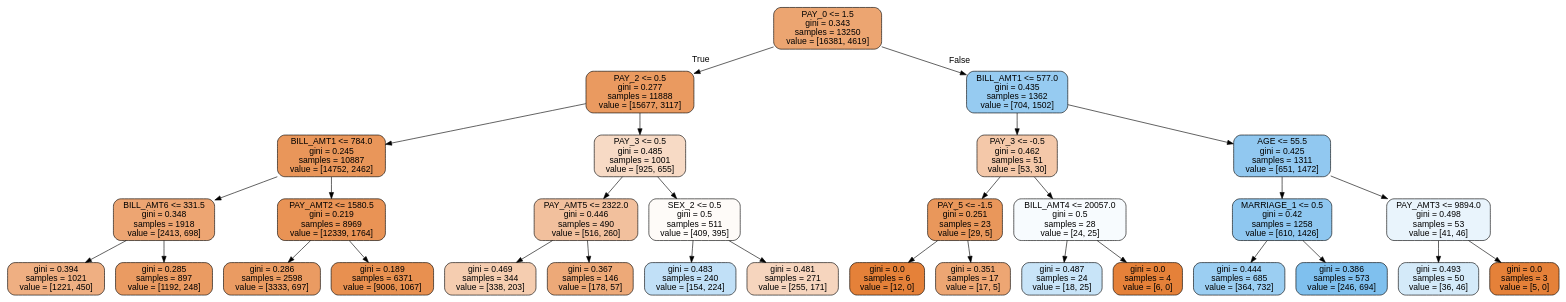
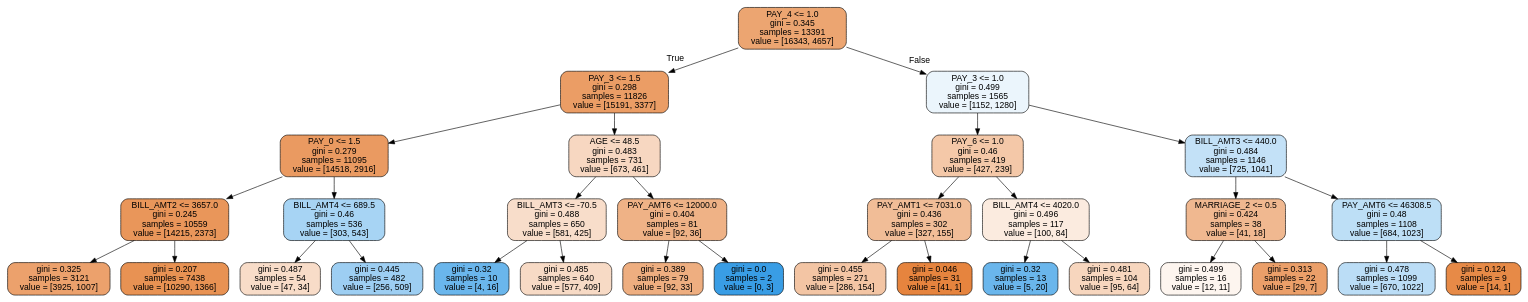
The diagram in _notebooks/tree6.dot (goodboychan/goodboychan.github.io), drawn with Graphviz before and after one commit. The commit also changed 2 other files, not shown here.

```diff
--- a/_notebooks/tree6.dot
+++ b/_notebooks/tree6.dot
@@ -1,65 +1,65 @@
 digraph Tree {
 node [shape=box, style="filled, rounded", color="black", fontname=helvetica] ;
 edge [fontname=helvetica] ;
-0 [label="PAY_0 <= 1.5\ngini = 0.343\nsamples = 13250\nvalue = [16381, 4619]", fillcolor="#eca571"] ;
-1 [label="PAY_2 <= 0.5\ngini = 0.277\nsamples = 11888\nvalue = [15677, 3117]", fillcolor="#ea9a60"] ;
+0 [label="PAY_4 <= 1.0\ngini = 0.345\nsamples = 13391\nvalue = [16343, 4657]", fillcolor="#eca571"] ;
+1 [label="PAY_3 <= 1.5\ngini = 0.298\nsamples = 11826\nvalue = [15191, 3377]", fillcolor="#eb9d65"] ;
 0 -> 1 [labeldistance=2.5, labelangle=45, headlabel="True"] ;
-2 [label="BILL_AMT1 <= 784.0\ngini = 0.245\nsamples = 10887\nvalue = [14752, 2462]", fillcolor="#e9965a"] ;
+2 [label="PAY_0 <= 1.5\ngini = 0.279\nsamples = 11095\nvalue = [14518, 2916]", fillcolor="#ea9a61"] ;
 1 -> 2 ;
-3 [label="BILL_AMT6 <= 331.5\ngini = 0.348\nsamples = 1918\nvalue = [2413, 698]", fillcolor="#eda572"] ;
+3 [label="BILL_AMT2 <= 3657.0\ngini = 0.245\nsamples = 10559\nvalue = [14215, 2373]", fillcolor="#e9965a"] ;
 2 -> 3 ;
-4 [label="gini = 0.394\nsamples = 1021\nvalue = [1221, 450]", fillcolor="#efaf82"] ;
+4 [label="gini = 0.325\nsamples = 3121\nvalue = [3925, 1007]", fillcolor="#eca16c"] ;
 3 -> 4 ;
-5 [label="gini = 0.285\nsamples = 897\nvalue = [1192, 248]", fillcolor="#ea9b62"] ;
+5 [label="gini = 0.207\nsamples = 7438\nvalue = [10290, 1366]", fillcolor="#e89253"] ;
 3 -> 5 ;
-6 [label="PAY_AMT2 <= 1580.5\ngini = 0.219\nsamples = 8969\nvalue = [12339, 1764]", fillcolor="#e99355"] ;
+6 [label="BILL_AMT4 <= 689.5\ngini = 0.46\nsamples = 536\nvalue = [303, 543]", fillcolor="#a7d4f4"] ;
 2 -> 6 ;
-7 [label="gini = 0.286\nsamples = 2598\nvalue = [3333, 697]", fillcolor="#ea9b62"] ;
+7 [label="gini = 0.487\nsamples = 54\nvalue = [47, 34]", fillcolor="#f8dcc8"] ;
 6 -> 7 ;
-8 [label="gini = 0.189\nsamples = 6371\nvalue = [9006, 1067]", fillcolor="#e89050"] ;
+8 [label="gini = 0.445\nsamples = 482\nvalue = [256, 509]", fillcolor="#9dcef2"] ;
 6 -> 8 ;
-9 [label="PAY_3 <= 0.5\ngini = 0.485\nsamples = 1001\nvalue = [925, 655]", fillcolor="#f7dac5"] ;
+9 [label="AGE <= 48.5\ngini = 0.483\nsamples = 731\nvalue = [673, 461]", fillcolor="#f7d7c1"] ;
 1 -> 9 ;
-10 [label="PAY_AMT5 <= 2322.0\ngini = 0.446\nsamples = 490\nvalue = [516, 260]", fillcolor="#f2c09d"] ;
+10 [label="BILL_AMT3 <= -70.5\ngini = 0.488\nsamples = 650\nvalue = [581, 425]", fillcolor="#f8ddca"] ;
 9 -> 10 ;
-11 [label="gini = 0.469\nsamples = 344\nvalue = [338, 203]", fillcolor="#f5cdb0"] ;
+11 [label="gini = 0.32\nsamples = 10\nvalue = [4, 16]", fillcolor="#6ab6ec"] ;
 10 -> 11 ;
-12 [label="gini = 0.367\nsamples = 146\nvalue = [178, 57]", fillcolor="#eda978"] ;
+12 [label="gini = 0.485\nsamples = 640\nvalue = [577, 409]", fillcolor="#f7dac5"] ;
 10 -> 12 ;
-13 [label="SEX_2 <= 0.5\ngini = 0.5\nsamples = 511\nvalue = [409, 395]", fillcolor="#fefbf8"] ;
+13 [label="PAY_AMT6 <= 12000.0\ngini = 0.404\nsamples = 81\nvalue = [92, 36]", fillcolor="#efb286"] ;
 9 -> 13 ;
-14 [label="gini = 0.483\nsamples = 240\nvalue = [154, 224]", fillcolor="#c1e0f7"] ;
+14 [label="gini = 0.389\nsamples = 79\nvalue = [92, 33]", fillcolor="#eeae80"] ;
 13 -> 14 ;
-15 [label="gini = 0.481\nsamples = 271\nvalue = [255, 171]", fillcolor="#f6d5be"] ;
+15 [label="gini = 0.0\nsamples = 2\nvalue = [0, 3]", fillcolor="#399de5"] ;
 13 -> 15 ;
-16 [label="BILL_AMT1 <= 577.0\ngini = 0.435\nsamples = 1362\nvalue = [704, 1502]", fillcolor="#96cbf1"] ;
+16 [label="PAY_3 <= 1.0\ngini = 0.499\nsamples = 1565\nvalue = [1152, 1280]", fillcolor="#ebf5fc"] ;
 0 -> 16 [labeldistance=2.5, labelangle=-45, headlabel="False"] ;
-17 [label="PAY_3 <= -0.5\ngini = 0.462\nsamples = 51\nvalue = [53, 30]", fillcolor="#f4c8a9"] ;
+17 [label="PAY_6 <= 1.0\ngini = 0.46\nsamples = 419\nvalue = [427, 239]", fillcolor="#f4c8a8"] ;
 16 -> 17 ;
-18 [label="PAY_5 <= -1.5\ngini = 0.251\nsamples = 23\nvalue = [29, 5]", fillcolor="#e9975b"] ;
+18 [label="PAY_AMT1 <= 7031.0\ngini = 0.436\nsamples = 302\nvalue = [327, 155]", fillcolor="#f1bd97"] ;
 17 -> 18 ;
-19 [label="gini = 0.0\nsamples = 6\nvalue = [12, 0]", fillcolor="#e58139"] ;
+19 [label="gini = 0.455\nsamples = 271\nvalue = [286, 154]", fillcolor="#f3c5a4"] ;
 18 -> 19 ;
-20 [label="gini = 0.351\nsamples = 17\nvalue = [17, 5]", fillcolor="#eda673"] ;
+20 [label="gini = 0.046\nsamples = 31\nvalue = [41, 1]", fillcolor="#e6843e"] ;
 18 -> 20 ;
-21 [label="BILL_AMT4 <= 20057.0\ngini = 0.5\nsamples = 28\nvalue = [24, 25]", fillcolor="#f7fbfe"] ;
+21 [label="BILL_AMT4 <= 4020.0\ngini = 0.496\nsamples = 117\nvalue = [100, 84]", fillcolor="#fbebdf"] ;
 17 -> 21 ;
-22 [label="gini = 0.487\nsamples = 24\nvalue = [18, 25]", fillcolor="#c8e4f8"] ;
+22 [label="gini = 0.32\nsamples = 13\nvalue = [5, 20]", fillcolor="#6ab6ec"] ;
 21 -> 22 ;
-23 [label="gini = 0.0\nsamples = 4\nvalue = [6, 0]", fillcolor="#e58139"] ;
+23 [label="gini = 0.481\nsamples = 104\nvalue = [95, 64]", fillcolor="#f7d6be"] ;
 21 -> 23 ;
-24 [label="AGE <= 55.5\ngini = 0.425\nsamples = 1311\nvalue = [651, 1472]", fillcolor="#91c8f0"] ;
+24 [label="BILL_AMT3 <= 440.0\ngini = 0.484\nsamples = 1146\nvalue = [725, 1041]", fillcolor="#c3e1f7"] ;
 16 -> 24 ;
-25 [label="MARRIAGE_1 <= 0.5\ngini = 0.42\nsamples = 1258\nvalue = [610, 1426]", fillcolor="#8ec7f0"] ;
+25 [label="MARRIAGE_2 <= 0.5\ngini = 0.424\nsamples = 38\nvalue = [41, 18]", fillcolor="#f0b890"] ;
 24 -> 25 ;
-26 [label="gini = 0.444\nsamples = 685\nvalue = [364, 732]", fillcolor="#9bcef2"] ;
+26 [label="gini = 0.499\nsamples = 16\nvalue = [12, 11]", fillcolor="#fdf5ef"] ;
 25 -> 26 ;
-27 [label="gini = 0.386\nsamples = 573\nvalue = [246, 694]", fillcolor="#7fc0ee"] ;
+27 [label="gini = 0.313\nsamples = 22\nvalue = [29, 7]", fillcolor="#eb9f69"] ;
 25 -> 27 ;
-28 [label="PAY_AMT3 <= 9894.0\ngini = 0.498\nsamples = 53\nvalue = [41, 46]", fillcolor="#e9f4fc"] ;
+28 [label="PAY_AMT6 <= 46308.5\ngini = 0.48\nsamples = 1108\nvalue = [684, 1023]", fillcolor="#bddff6"] ;
 24 -> 28 ;
-29 [label="gini = 0.493\nsamples = 50\nvalue = [36, 46]", fillcolor="#d4eaf9"] ;
+29 [label="gini = 0.478\nsamples = 1099\nvalue = [670, 1022]", fillcolor="#bbddf6"] ;
 28 -> 29 ;
-30 [label="gini = 0.0\nsamples = 3\nvalue = [5, 0]", fillcolor="#e58139"] ;
+30 [label="gini = 0.124\nsamples = 9\nvalue = [14, 1]", fillcolor="#e78a47"] ;
 28 -> 30 ;
 }
```
